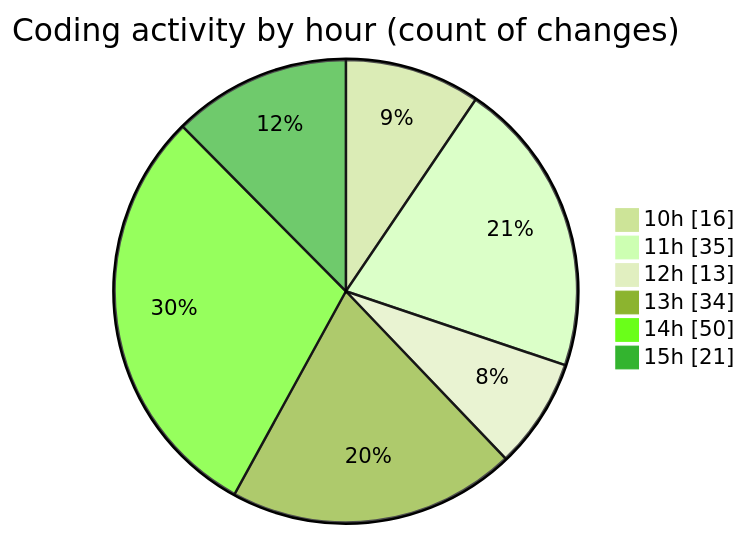
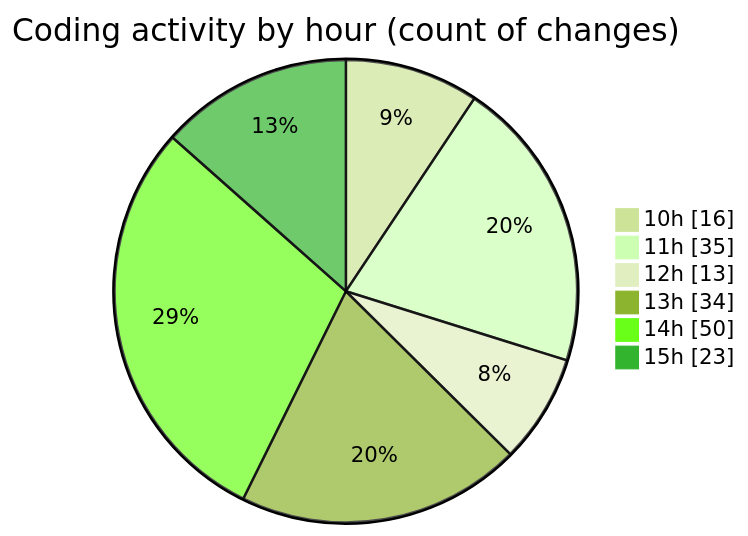
One commit to charlie-sans/code-tracking changed the second of 2 diagrams in 2025-02-20/micros/README.md. Above: the diagram before and after it, drawn with Mermaid (forest theme). The commit also changed other lines of this file and 1 other file, not shown here.

````diff
--- a/2025-02-20/micros/README.md
+++ b/2025-02-20/micros/README.md
@@ -57,10 +57,10 @@
 ```mermaid
 pie showData
 title Coding activity by hour (count of changes)
 "10h" : 16
 "11h" : 35
 "12h" : 13
 "13h" : 34
 "14h" : 50
-"15h" : 21
+"15h" : 23
 ```
````
